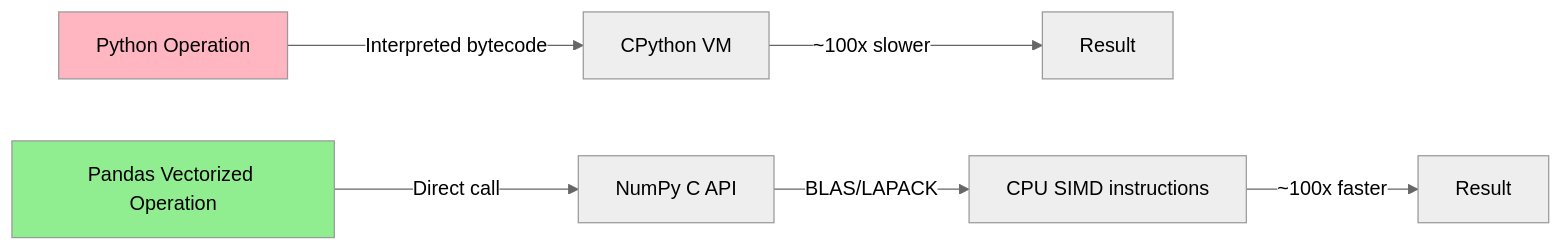
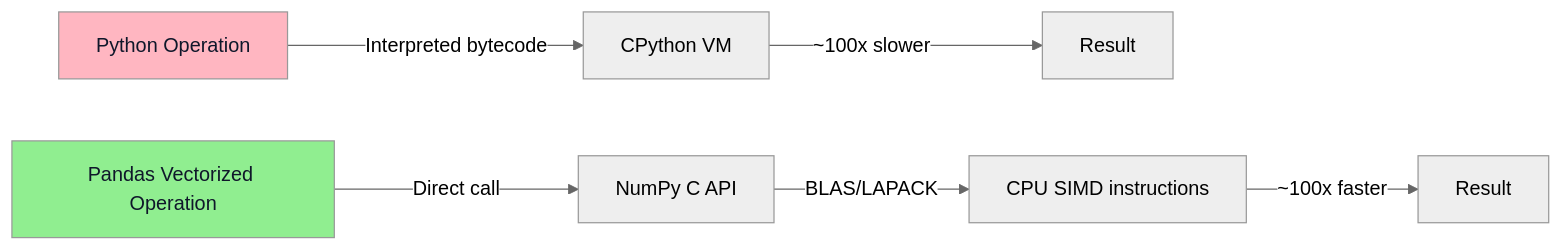
Before and after one commit to blebleblee/synapse: the second of 3 diagrams in topics/computing/data/data_analysis/labs.md, drawn with Mermaid (neutral theme). The commit also changed other lines of this file and 1464 other files, not shown here.

Commit message:
feat(release): curriculum vector mermaid upgrade, render hardening, and master synpack

````diff
--- a/topics/computing/data/data_analysis/labs.md
+++ b/topics/computing/data/data_analysis/labs.md
@@ -357,12 +357,12 @@
 ```mermaid
 graph LR
     A["Python Operation"] -->|"Interpreted bytecode"| B["CPython VM"]
     B -->|"~100x slower"| C["Result"]
     
     D["Pandas Vectorized Operation"] -->|"Direct call"| E["NumPy C API"]
     E -->|"BLAS/LAPACK"| F["CPU SIMD instructions"]
     F -->|"~100x faster"| G["Result"]
     
-    style D fill:#90EE90
-    style A fill:#FFB6C1
+    style D fill:#90EE90,color:#0f172a
+    style A fill:#FFB6C1,color:#0f172a
 ```
````
